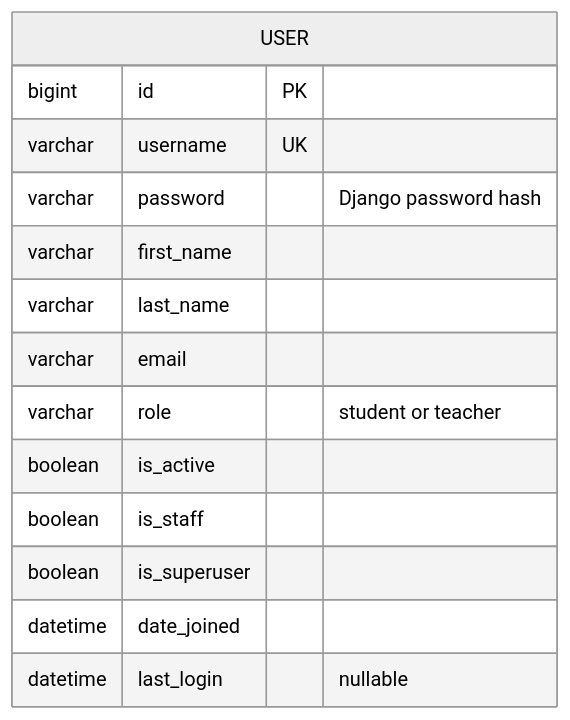
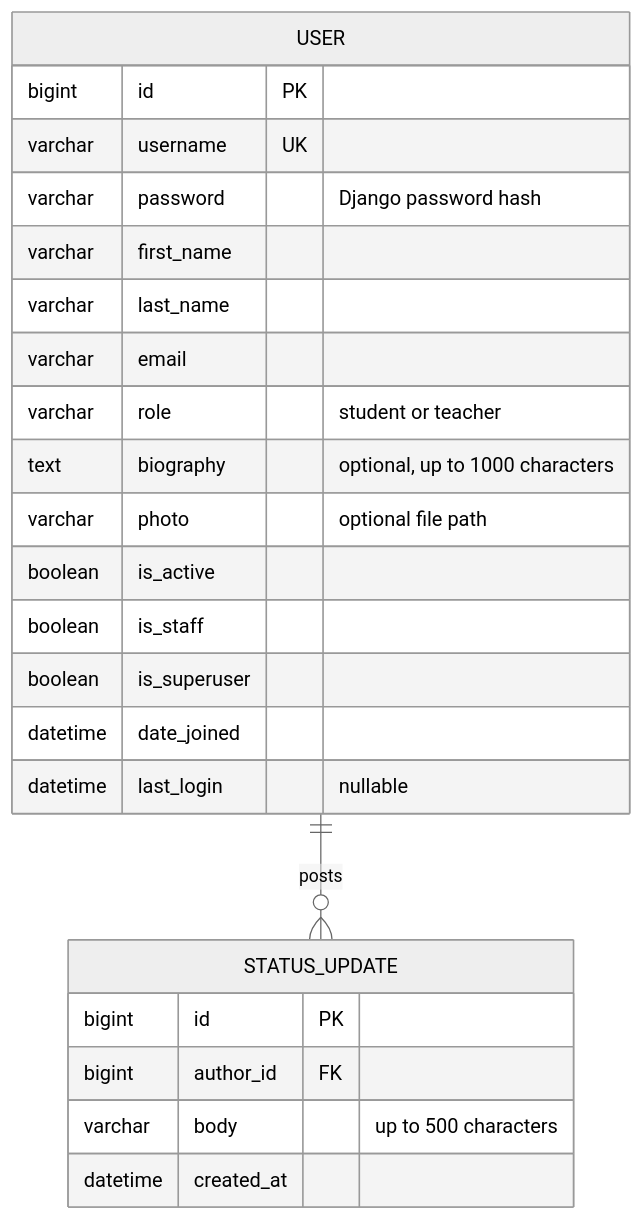
One commit to edoardolai/studyroom changed the diagram in report.md. Above: the diagram before and after it, drawn with Mermaid (neutral theme). The commit also changed other lines of this file and 6 other files, not shown here.

Commit message:
fix admin photo link + profiles report and diagram

````diff
--- a/report.md
+++ b/report.md
@@ -21,17 +27,26 @@
 ```mermaid
 erDiagram
     USER {
         bigint id PK
         varchar username UK
         varchar password "Django password hash"
         varchar first_name
         varchar last_name
         varchar email
         varchar role "student or teacher"
+        text biography "optional, up to 1000 characters"
+        varchar photo "optional file path"
         boolean is_active
         boolean is_staff
         boolean is_superuser
         datetime date_joined
         datetime last_login "nullable"
     }
+    USER ||--o{ STATUS_UPDATE : posts
+    STATUS_UPDATE {
+        bigint id PK
+        bigint author_id FK
+        varchar body "up to 500 characters"
+        datetime created_at
+    }
 ```
````
